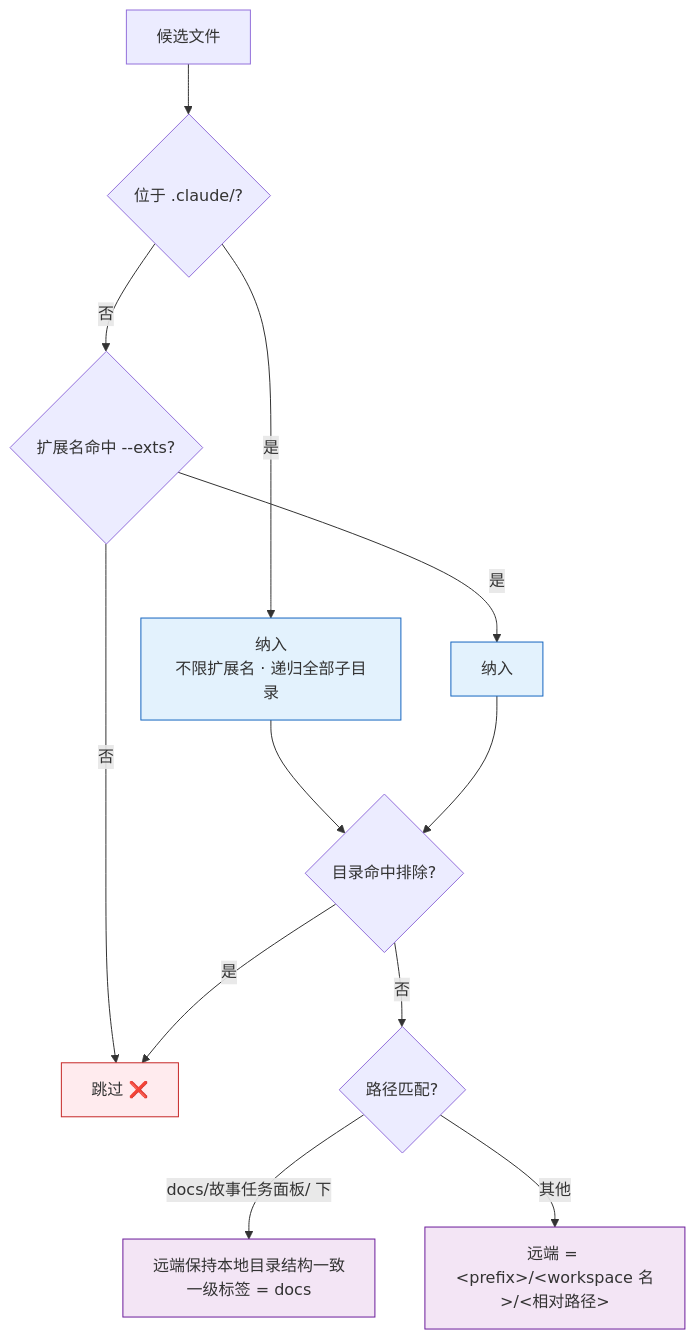
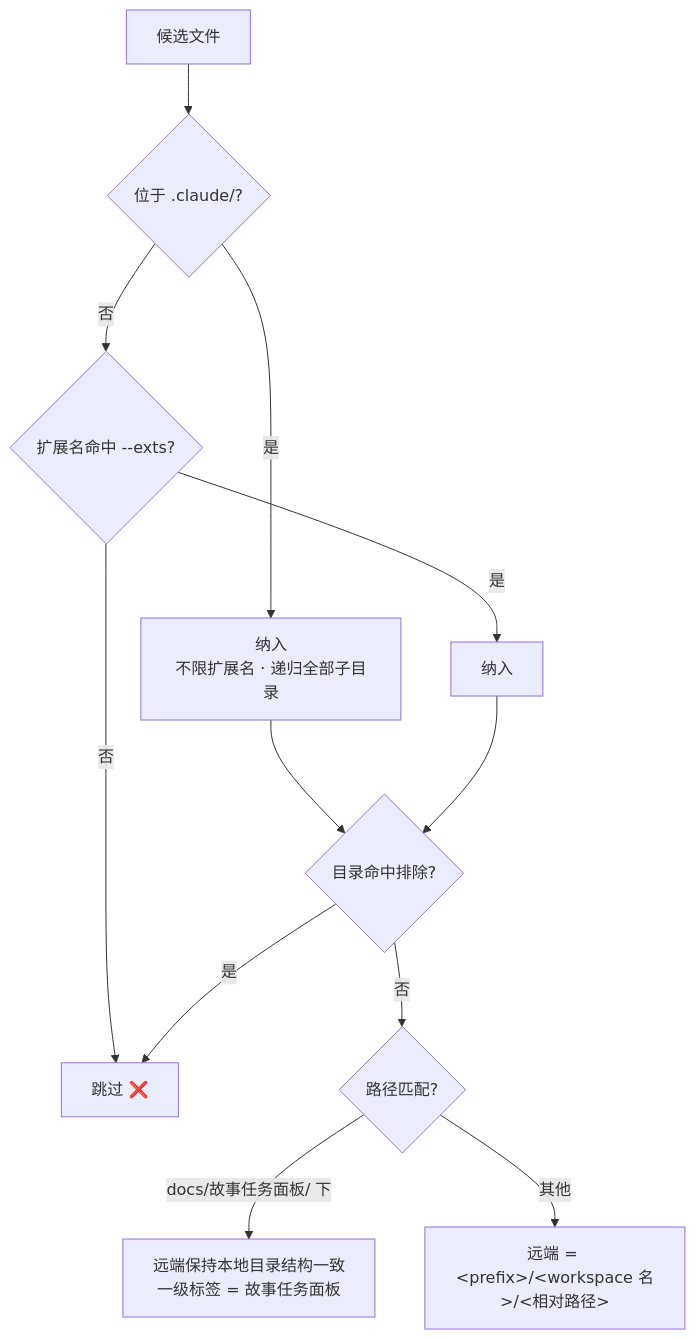
Before and after one commit to effiy/YrY: the second of 8 diagrams in skills/rui-import/SKILL.md, drawn with Mermaid. The commit also changed other lines of this file and 38 other files, not shown here.

````diff
--- a/skills/rui-import/SKILL.md
+++ b/skills/rui-import/SKILL.md
@@ -63,17 +60,13 @@
 ```mermaid
 flowchart TD
     FILE["候选文件"] --> Q1{"位于 .claude/?"}
     Q1 -->|"是"| ALL["纳入<br/>不限扩展名 · 递归全部子目录"]:::rule
     Q1 -->|"否"| EXT{"扩展名命中 --exts?"}
     EXT -->|"是"| KEEP["纳入"]:::rule
     EXT -->|"否"| SKIP["跳过 ❌"]:::skip
     ALL & KEEP --> Q2{"目录命中排除?"}
     Q2 -->|"是"| SKIP
     Q2 -->|"否"| Q3{"路径匹配?"}
-    Q3 -->|"docs/故事任务面板/ 下"| PATH1["远端保持本地目录结构一致<br/>一级标签 = docs"]:::path
+    Q3 -->|"docs/故事任务面板/ 下"| PATH1["远端保持本地目录结构一致<br/>一级标签 = 故事任务面板"]:::path
     Q3 -->|"其他"| PATH2["远端 = &lt;prefix&gt;/&lt;workspace 名&gt;/&lt;相对路径&gt;"]:::path
-
-    classDef rule fill:#e3f2fd,stroke:#1565c0;
-    classDef skip fill:#ffebee,stroke:#c62828;
-    classDef path fill:#f3e5f5,stroke:#6a1b9a;
 ```
````
